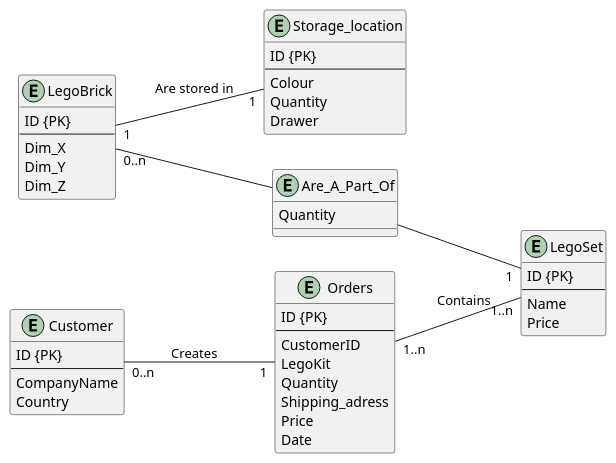
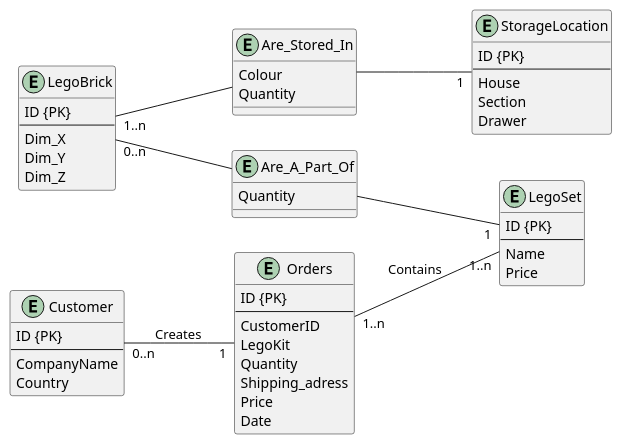
One commit to s02blom/LegoWebStore changed the diagram in figures/ER-diagram.plantuml. Above: the diagram before and after it, drawn with PlantUML. The commit also changed 1 other file, not shown here.

Commit message:
Change Schema and ER diagram to have a many to one relasion between Storage and Lego Brick

```diff
--- a/figures/ER-diagram.plantuml
+++ b/figures/ER-diagram.plantuml
@@ -1,56 +1,62 @@
 @startuml ER-diagram
 left to right direction
 
 
 entity LegoBrick{
     ID {PK}
     --
     Dim_X
     Dim_Y
     Dim_Z
 }
 
-entity Storage_location{
+entity StorageLocation{
     ID {PK}
     --
-    Colour
-    Quantity
+    House
+    Section
     Drawer
 }
 
 entity LegoSet{
     ID {PK}
     --
     Name
     Price
 }
 
 entity Customer{
     ID {PK}
     --
     CompanyName
     Country
 }
 
 entity Orders{
     ID {PK}
     --
     CustomerID
     LegoKit
     Quantity
     Shipping_adress
     Price
     Date
 }
 
 entity Are_A_Part_Of{
     Quantity
 }
 
+entity Are_Stored_In{
+    Colour 
+    Quantity
+}
+
 LegoBrick "0..n" --  Are_A_Part_Of
 Are_A_Part_Of -- "1" LegoSet
-LegoBrick "1" -- "1" Storage_location : Are stored in
+LegoBrick "1..n" -- Are_Stored_In
+Are_Stored_In -- "1" StorageLocation
 
 Customer "0..n" -- "1" Orders : Creates
 Orders "1..n" -- "1..n" LegoSet : Contains
 @enduml
```
